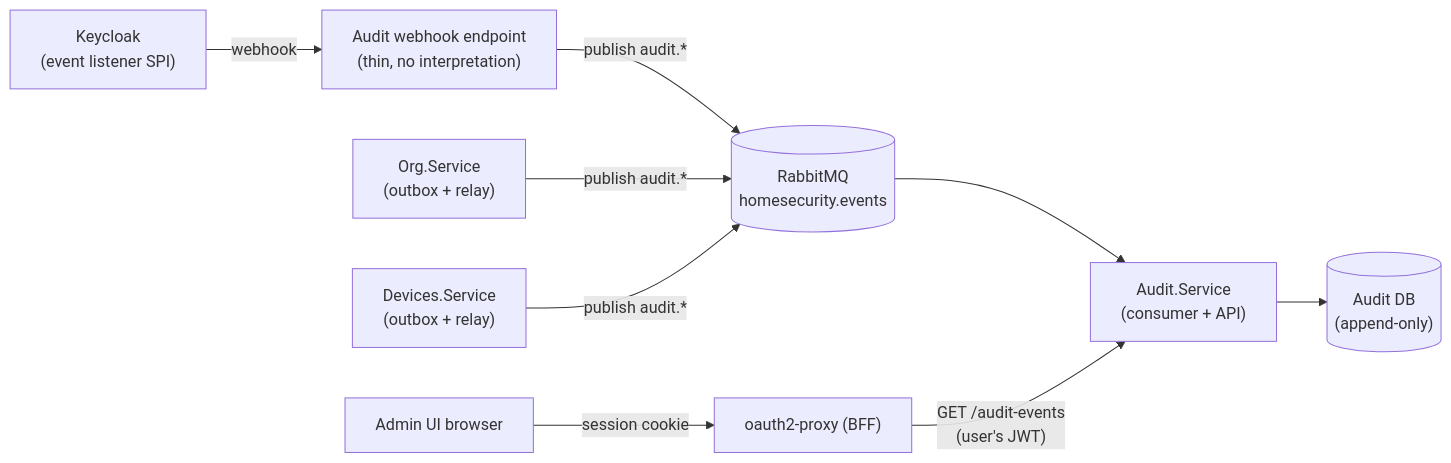
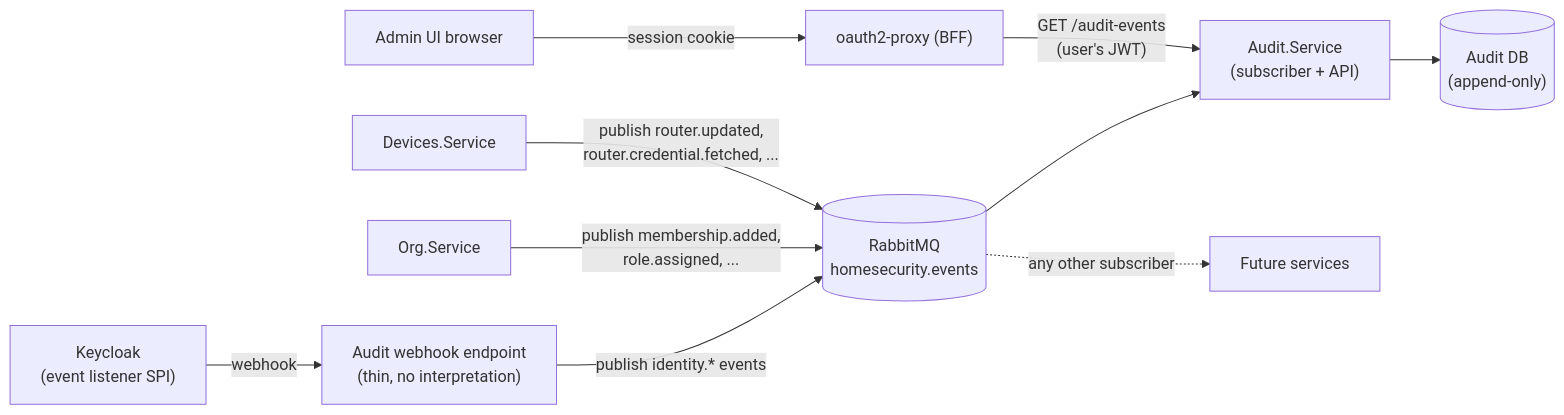
The diagram in docs/architecture/16-auditing-and-compliance.md (dzaba1/HomeSecurity), drawn with Mermaid before and after one commit. The commit also changed other lines of this file and 64 other files, not shown here.

````diff
--- a/docs/architecture/16-auditing-and-compliance.md
+++ b/docs/architecture/16-auditing-and-compliance.md
@@ -144,11 +171,12 @@
 ```mermaid
 flowchart LR
   KC["Keycloak\n(event listener SPI)"] -->|webhook| WH["Audit webhook endpoint\n(thin, no interpretation)"]
-  WH -->|"publish audit.*"| EX[("RabbitMQ\nhomesecurity.events")]
-  Org["Org.Service\n(outbox + relay)"] -->|"publish audit.*"| EX
-  Dev["Devices.Service\n(outbox + relay)"] -->|"publish audit.*"| EX
-  EX --> AS["Audit.Service\n(consumer + API)"]
+  WH -->|"publish identity.* events"| EX[("RabbitMQ\nhomesecurity.events")]
+  Org["Org.Service"] -->|"publish membership.added,\nrole.assigned, ..."| EX
+  Dev["Devices.Service"] -->|"publish router.updated,\nrouter.credential.fetched, ..."| EX
+  EX --> AS["Audit.Service\n(subscriber + API)"]
+  EX -.->|"any other subscriber"| Other["Future services"]
   AS --> DB[("Audit DB\n(append-only)")]
   Browser["Admin UI browser"] -->|"session cookie"| BFF["oauth2-proxy (BFF)"]
   BFF -->|"GET /audit-events\n(user's JWT)"| AS
 ```
````
